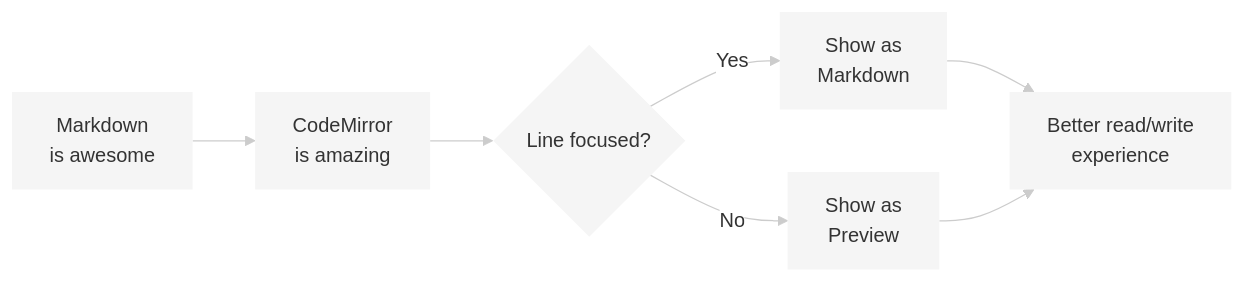
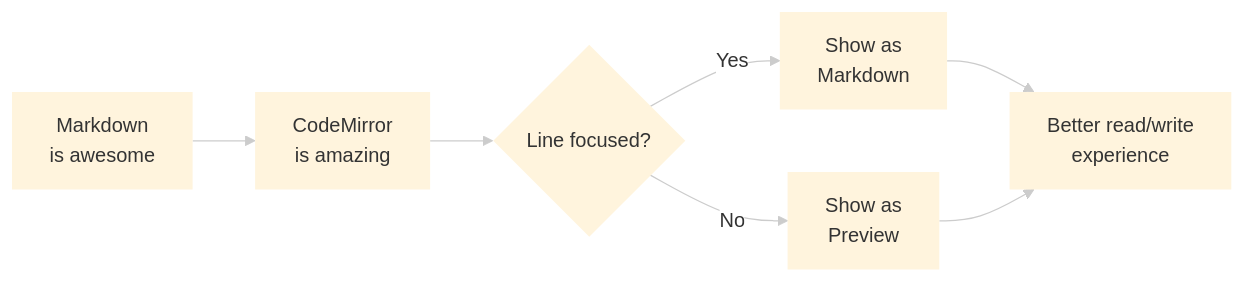
The diagram in example.md (dwaynemcyrus/codemirror-markdown-wiki-yaml-extension), drawn with Mermaid before and after one commit. The commit also changed other lines of this file, not shown here.

Commit message:
Fix mermaid parsing error by removing unsupported classDef filter

````diff
--- a/example.md
+++ b/example.md
@@ -76,10 +76,10 @@
 ```mermaid
-%%{init: {'theme': 'base', 'themeVariables': { 'primaryColor': '#f5f5f5', 'secondaryColor': '#f5f5f5', 'tertiaryColor': '#f5f5f5', 'edgeLabelBackground': '#fff', 'primaryBorderColor': 'transparent', 'secondaryBorderColor': 'transparent', 'tertiaryBorderColor': 'transparent', 'lineColor': '#ccc' }, 'flowchart': { 'htmlLabels': true }}}%%
+%%{init: {'theme': 'base', 'themeVariables': { 'edgeLabelBackground': '#fff', 'primaryBorderColor': 'transparent', 'secondaryBorderColor': 'transparent', 'tertiaryBorderColor': 'transparent', 'lineColor': '#ccc' }}}%%
 flowchart LR
     A[Markdown<br/>is awesome] --> B[CodeMirror<br/>is amazing]
     B --> C{Line focused?}
     C -->|Yes| D[Show as<br/>Markdown]
     C -->|No| E[Show as<br/>Preview]
     D --> F[Better read/write<br/>experience]
     E --> F
 ```
````
